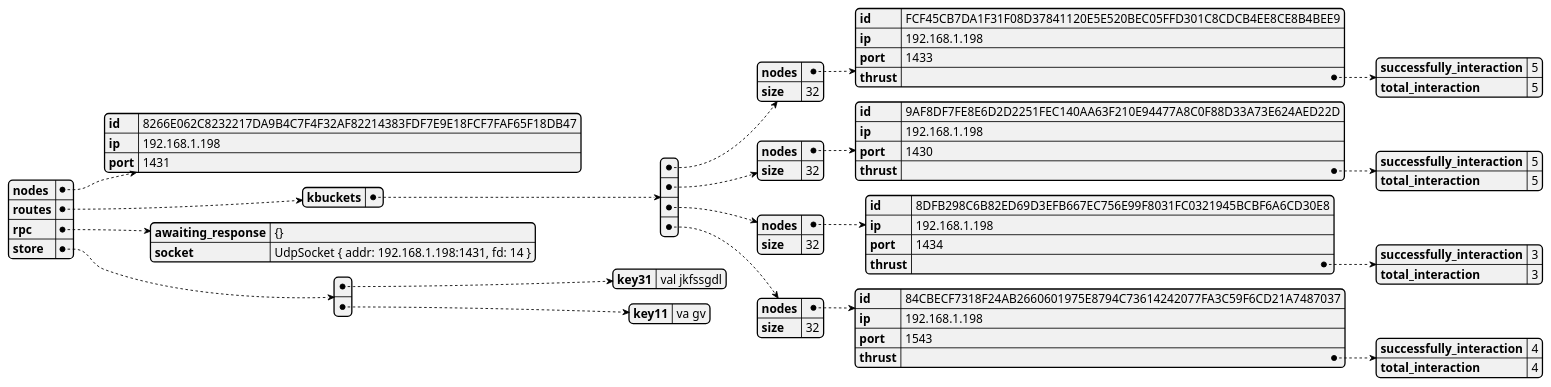
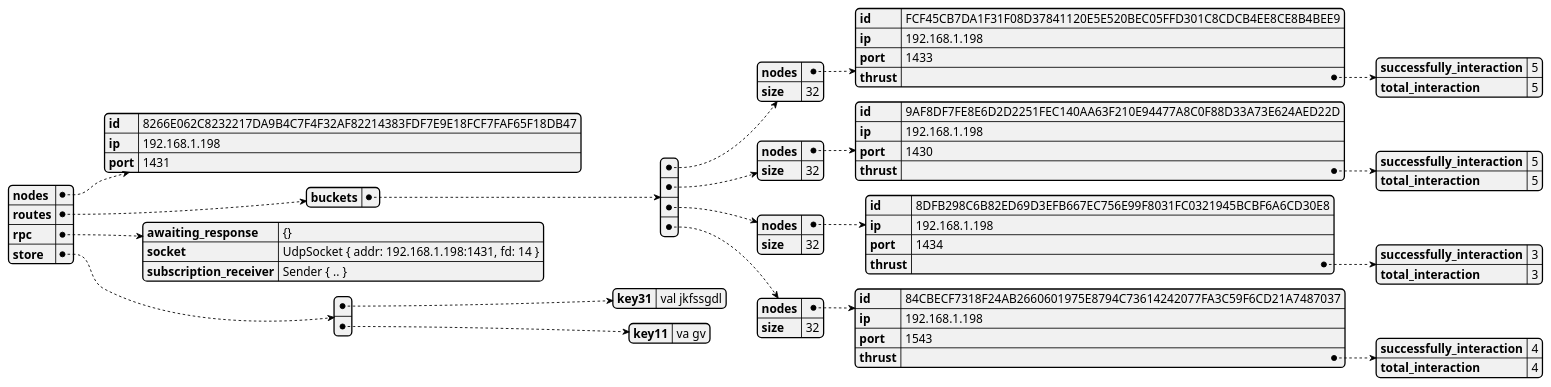
One commit to GoliathHagar/distributed_legder_kademlia changed the diagram in src/distributed_legder/state_dumps/test-contact-2.json.plantuml. Above: the diagram before and after it, drawn with PlantUML. The commit also changed 27 other files, not shown here.

```diff
--- a/src/distributed_legder/state_dumps/test-contact-2.json.plantuml
+++ b/src/distributed_legder/state_dumps/test-contact-2.json.plantuml
@@ -1,3 +1,3 @@
 @startjson
-{"nodes":{"id":"8266E062C8232217DA9B4C7F4F32AF82214383FDF7E9E18FCF7FAF65F18DB47","ip":"192.168.1.198","port":1431},"routes":{"kbuckets":[{"nodes":{"id":"FCF45CB7DA1F31F08D37841120E5E520BEC05FFD301C8CDCB4EE8CE8B4BEE9","ip":"192.168.1.198","port":1433,"thrust":{"successfully_interaction":5,"total_interaction":5}},"size":32},{"nodes":{"id":"9AF8DF7FE8E6D2D2251FEC140AA63F210E94477A8C0F88D33A73E624AED22D","ip":"192.168.1.198","port":1430,"thrust":{"successfully_interaction":5,"total_interaction":5}},"size":32},{"nodes":{"id":"8DFB298C6B82ED69D3EFB667EC756E99F8031FC0321945BCBF6A6CD30E8","ip":"192.168.1.198","port":1434,"thrust":{"successfully_interaction":3,"total_interaction":3}},"size":32},{"nodes":{"id":"84CBECF7318F24AB2660601975E8794C73614242077FA3C59F6CD21A7487037","ip":"192.168.1.198","port":1543,"thrust":{"successfully_interaction":4,"total_interaction":4}},"size":32}]},"rpc":{"awaiting_response":"{}","socket":"UdpSocket { addr: 192.168.1.198:1431, fd: 14 }"},"store":[{"key31":"val jkfssgdl"},{"key11":"va gv"}]}
+{"nodes":{"id":"8266E062C8232217DA9B4C7F4F32AF82214383FDF7E9E18FCF7FAF65F18DB47","ip":"192.168.1.198","port":1431},"routes":{"buckets":[{"nodes":{"id":"FCF45CB7DA1F31F08D37841120E5E520BEC05FFD301C8CDCB4EE8CE8B4BEE9","ip":"192.168.1.198","port":1433,"thrust":{"successfully_interaction":5,"total_interaction":5}},"size":32},{"nodes":{"id":"9AF8DF7FE8E6D2D2251FEC140AA63F210E94477A8C0F88D33A73E624AED22D","ip":"192.168.1.198","port":1430,"thrust":{"successfully_interaction":5,"total_interaction":5}},"size":32},{"nodes":{"id":"8DFB298C6B82ED69D3EFB667EC756E99F8031FC0321945BCBF6A6CD30E8","ip":"192.168.1.198","port":1434,"thrust":{"successfully_interaction":3,"total_interaction":3}},"size":32},{"nodes":{"id":"84CBECF7318F24AB2660601975E8794C73614242077FA3C59F6CD21A7487037","ip":"192.168.1.198","port":1543,"thrust":{"successfully_interaction":4,"total_interaction":4}},"size":32}]},"rpc":{"awaiting_response":"{}","socket":"UdpSocket { addr: 192.168.1.198:1431, fd: 14 }","subscription_receiver":"Sender { .. }"},"store":[{"key31":"val jkfssgdl"},{"key11":"va gv"}]}
 @endjson
```
